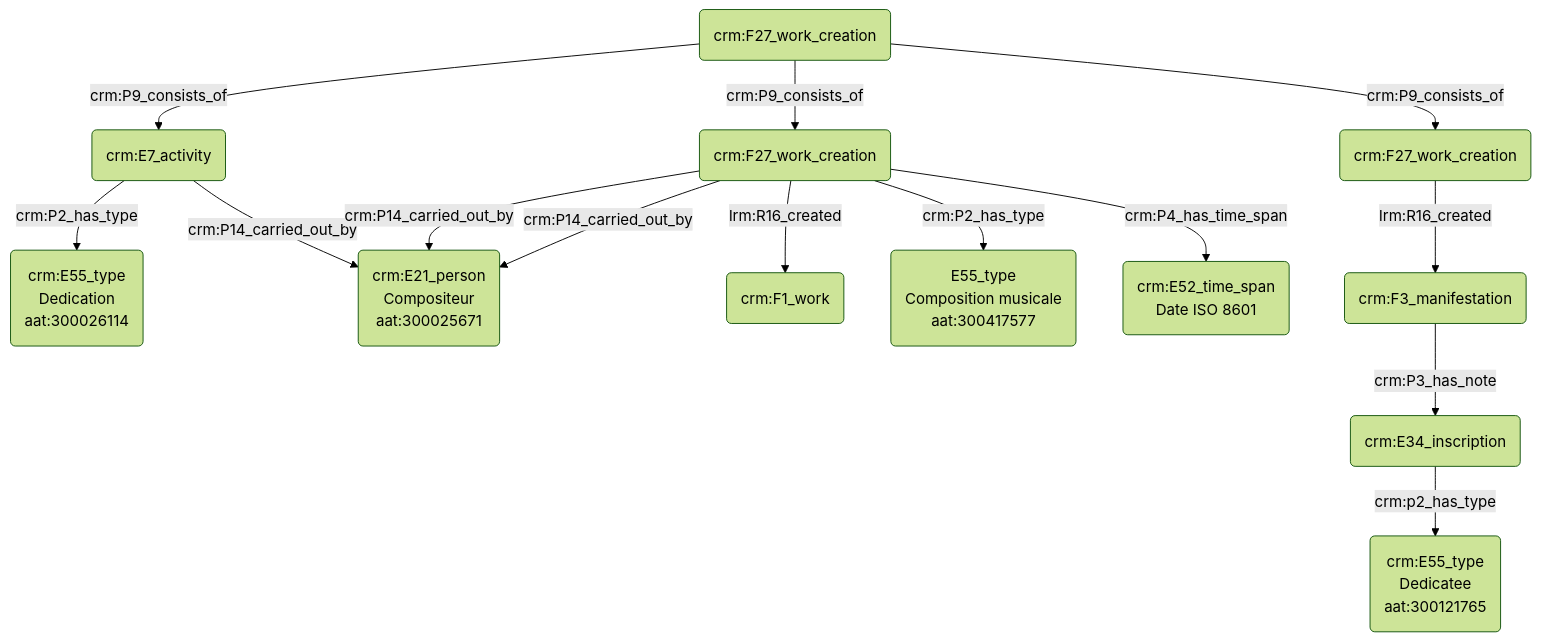
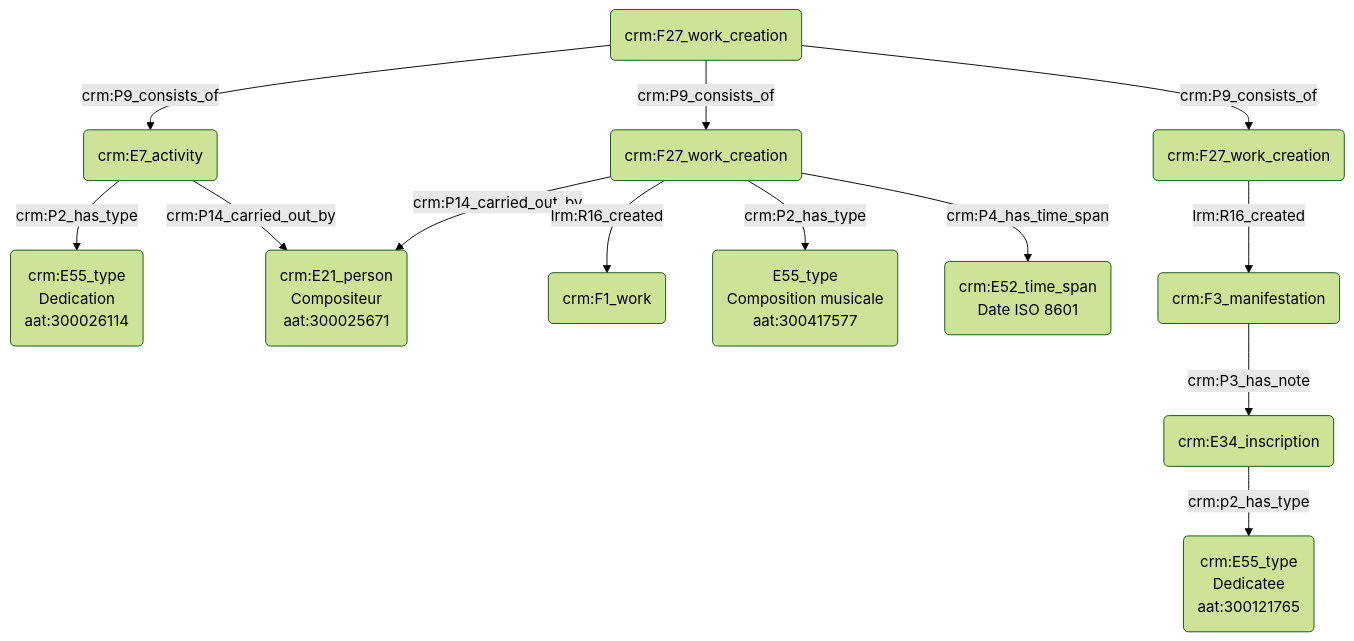
Before and after one commit to Amleth/consortium-musica2-gt2-ontologies: the diagram in modules/livrables/Dossier 2/Indexation conceptuelle/dédicataire d'une œuvre.md, drawn with Mermaid (forest theme).

Commit message:
Update dédicataire d'une œuvre.md

````diff
--- a/modules/livrables/Dossier 2/Indexation conceptuelle/dédicataire d'une œuvre.md
+++ b/modules/livrables/Dossier 2/Indexation conceptuelle/dédicataire d'une œuvre.md
@@ -17,21 +17,20 @@
 ```mermaid
 graph TD;
 
 M(crm:F27_work_creation) --> |crm:P9_consists_of| C(crm:E7_activity)
 M(crm:F27_work_creation) --> |crm:P9_consists_of| A(crm:F27_work_creation)
 M(crm:F27_work_creation) --> |crm:P9_consists_of| G(crm:F27_work_creation)
 
 C(crm:E7_activity) --> |crm:P2_has_type| O(crm:E55_type<br>Dedication<br>aat:300026114)
 C(crm:E7_activity) --> |crm:P14_carried_out_by| L(crm:E21_person<br>Compositeur<br>aat:300025671)
 
 A(crm:F27_work_creation) --> |crm:P14_carried_out_by| L(crm:E21_person<br>Compositeur<br>aat:300025671)
 A(crm:F27_work_creation) --> |lrm:R16_created| B(crm:F1_work)
 A(crm:F27_work_creation) --> |crm:P2_has_type| N(E55_type<br>Composition musicale<br>aat:300417577)
 A(crm:F27_work_creation) --> |crm:P4_has_time_span| J(crm:E52_time_span<br>Date ISO 8601)
-A(crm:F27_work_creation) --> |crm:P14_carried_out_by| L(crm:E21_person<br>Compositeur<br>aat:300025671)
 
 G(crm:F27_work_creation) --> |lrm:R16_created| E(crm:F3_manifestation) 
 E(crm:F3_manifestation) --> |crm:P3_has_note| H(crm:E34_inscription)
 H(crm:E34_inscription) --> |crm:p2_has_type| F(crm:E55_type<br>Dedicatee<br>aat:300121765)
 
 ```
````
